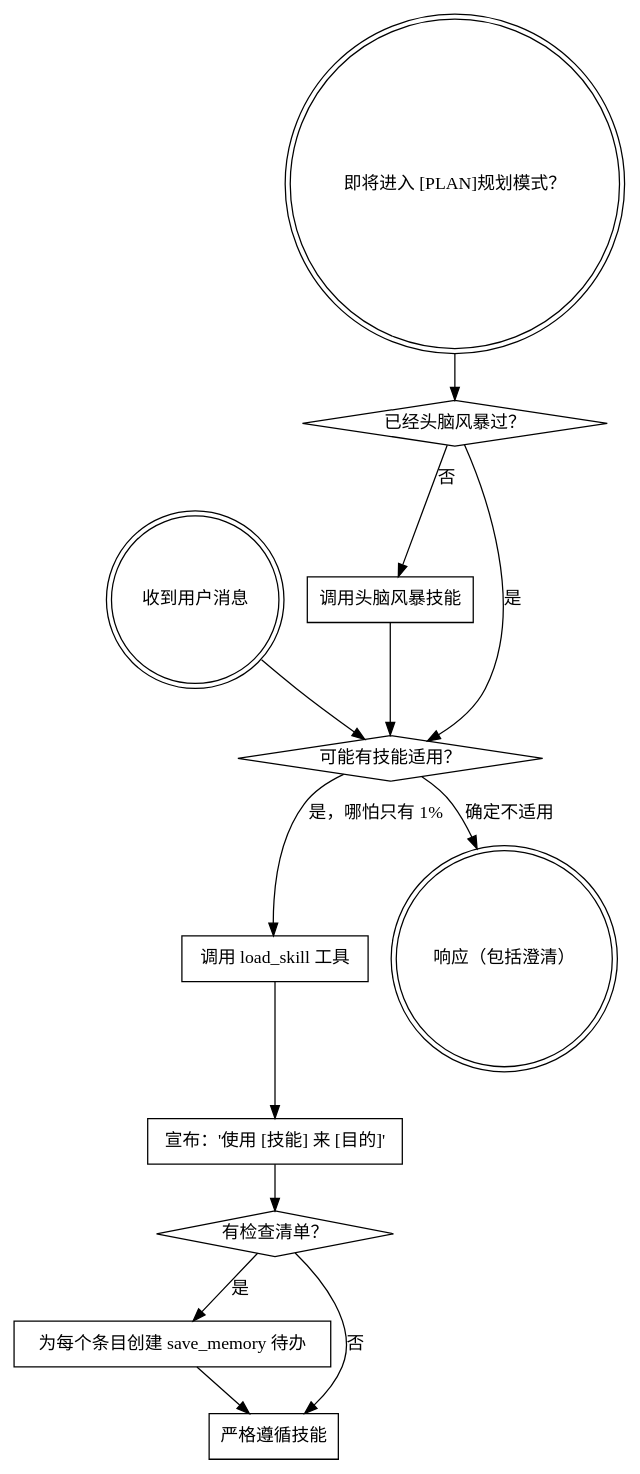
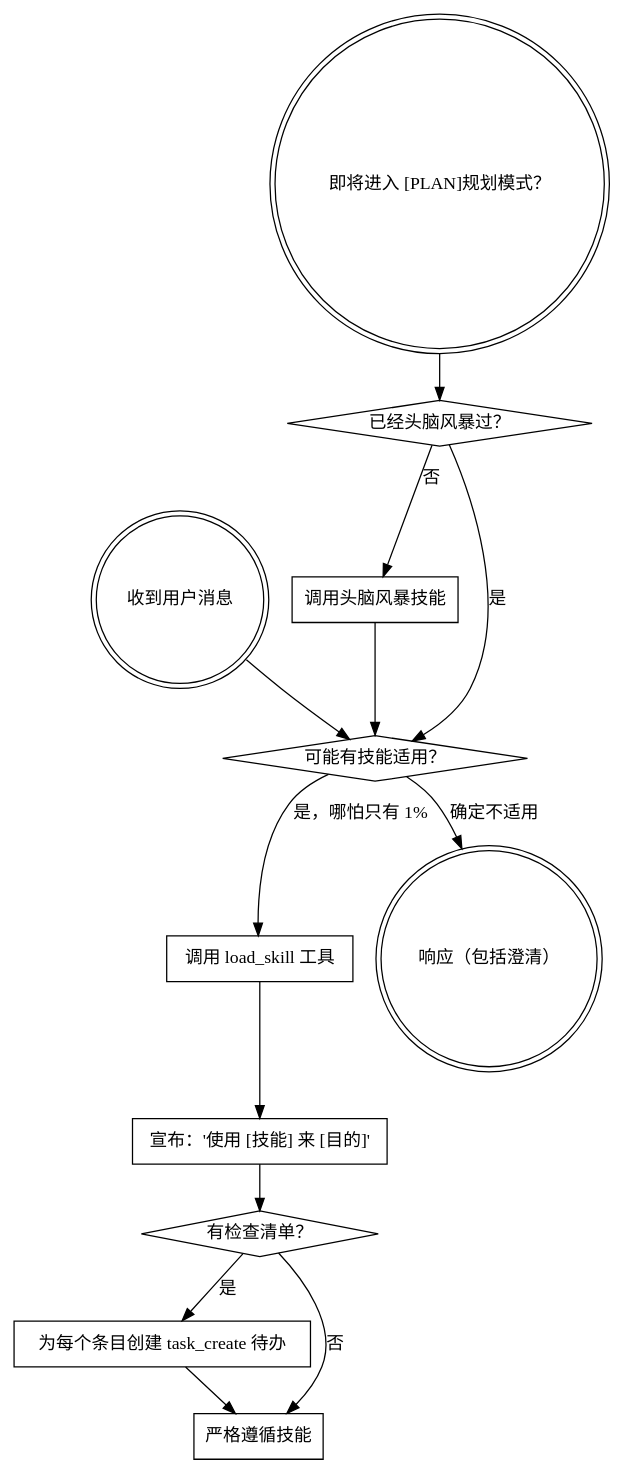
The diagram in litecodeext/skills/using-superpowers/SKILL.md (wfcz10086/litecode), drawn with Graphviz before and after one commit. The commit also changed other lines of this file and 651 other files, not shown here.

````diff
--- a/litecodeext/skills/using-superpowers/SKILL.md
+++ b/litecodeext/skills/using-superpowers/SKILL.md
@@ -48,29 +52,29 @@
 ```dot
 digraph skill_flow {
     "收到用户消息" [shape=doublecircle];
     "即将进入 [PLAN]规划模式？" [shape=doublecircle];
     "已经头脑风暴过？" [shape=diamond];
     "调用头脑风暴技能" [shape=box];
     "可能有技能适用？" [shape=diamond];
     "调用 load_skill 工具" [shape=box];
     "宣布：'使用 [技能] 来 [目的]'" [shape=box];
     "有检查清单？" [shape=diamond];
-    "为每个条目创建 save_memory 待办" [shape=box];
+    "为每个条目创建 task_create 待办" [shape=box];
     "严格遵循技能" [shape=box];
     "响应（包括澄清）" [shape=doublecircle];
 
     "即将进入 [PLAN]规划模式？" -> "已经头脑风暴过？";
     "已经头脑风暴过？" -> "调用头脑风暴技能" [label="否"];
     "已经头脑风暴过？" -> "可能有技能适用？" [label="是"];
     "调用头脑风暴技能" -> "可能有技能适用？";
 
     "收到用户消息" -> "可能有技能适用？";
     "可能有技能适用？" -> "调用 load_skill 工具" [label="是，哪怕只有 1%"];
     "可能有技能适用？" -> "响应（包括澄清）" [label="确定不适用"];
     "调用 load_skill 工具" -> "宣布：'使用 [技能] 来 [目的]'";
     "宣布：'使用 [技能] 来 [目的]'" -> "有检查清单？";
-    "有检查清单？" -> "为每个条目创建 save_memory 待办" [label="是"];
+    "有检查清单？" -> "为每个条目创建 task_create 待办" [label="是"];
     "有检查清单？" -> "严格遵循技能" [label="否"];
-    "为每个条目创建 save_memory 待办" -> "严格遵循技能";
+    "为每个条目创建 task_create 待办" -> "严格遵循技能";
 }
 ```
````
